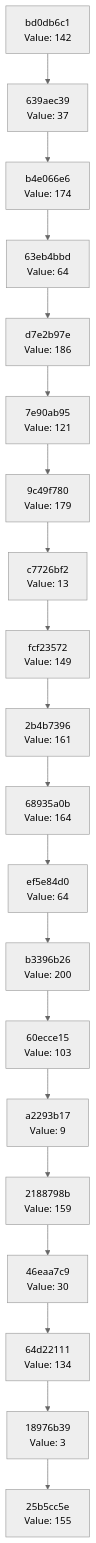
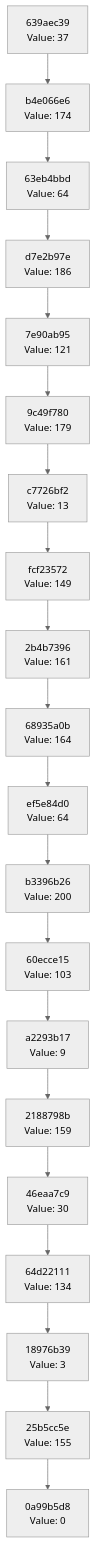
One commit to Abhisheksinha1506/hash-chain-evolver changed the diagram in docs/CHAIN_VISUALIZATION.md. Above: the diagram before and after it, drawn with Mermaid (neutral theme). The commit also changed 3 other files, not shown here.

````diff
--- a/docs/CHAIN_VISUALIZATION.md
+++ b/docs/CHAIN_VISUALIZATION.md
@@ -3,42 +3,42 @@
 ```mermaid
 graph TD
-    C0["25b5cc5e<br/>Value: 155"]
-    C1["18976b39<br/>Value: 3"]
+    C0["0a99b5d8<br/>Value: 0"]
+    C1["25b5cc5e<br/>Value: 155"]
     C1 --> C0
-    C2["64d22111<br/>Value: 134"]
+    C2["18976b39<br/>Value: 3"]
     C2 --> C1
-    C3["46eaa7c9<br/>Value: 30"]
+    C3["64d22111<br/>Value: 134"]
     C3 --> C2
-    C4["2188798b<br/>Value: 159"]
+    C4["46eaa7c9<br/>Value: 30"]
     C4 --> C3
-    C5["a2293b17<br/>Value: 9"]
+    C5["2188798b<br/>Value: 159"]
     C5 --> C4
-    C6["60ecce15<br/>Value: 103"]
+    C6["a2293b17<br/>Value: 9"]
     C6 --> C5
-    C7["b3396b26<br/>Value: 200"]
+    C7["60ecce15<br/>Value: 103"]
     C7 --> C6
-    C8["ef5e84d0<br/>Value: 64"]
+    C8["b3396b26<br/>Value: 200"]
     C8 --> C7
-    C9["68935a0b<br/>Value: 164"]
+    C9["ef5e84d0<br/>Value: 64"]
     C9 --> C8
-    C10["2b4b7396<br/>Value: 161"]
+    C10["68935a0b<br/>Value: 164"]
     C10 --> C9
-    C11["fcf23572<br/>Value: 149"]
+    C11["2b4b7396<br/>Value: 161"]
     C11 --> C10
-    C12["c7726bf2<br/>Value: 13"]
+    C12["fcf23572<br/>Value: 149"]
     C12 --> C11
-    C13["9c49f780<br/>Value: 179"]
+    C13["c7726bf2<br/>Value: 13"]
     C13 --> C12
-    C14["7e90ab95<br/>Value: 121"]
+    C14["9c49f780<br/>Value: 179"]
     C14 --> C13
-    C15["d7e2b97e<br/>Value: 186"]
+    C15["7e90ab95<br/>Value: 121"]
     C15 --> C14
-    C16["63eb4bbd<br/>Value: 64"]
+    C16["d7e2b97e<br/>Value: 186"]
     C16 --> C15
-    C17["b4e066e6<br/>Value: 174"]
+    C17["63eb4bbd<br/>Value: 64"]
     C17 --> C16
-    C18["639aec39<br/>Value: 37"]
+    C18["b4e066e6<br/>Value: 174"]
     C18 --> C17
-    C19["bd0db6c1<br/>Value: 142"]
+    C19["639aec39<br/>Value: 37"]
     C19 --> C18
 ```
````
